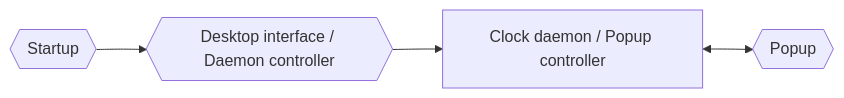
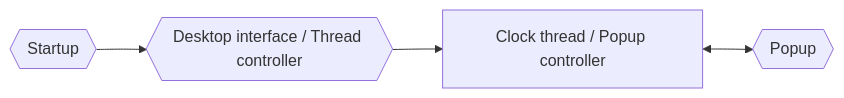
One commit to 24adamcho/sudden-flash-card-event changed the first of 3 diagrams in docs/design.md. Above: the diagram before and after it, drawn with Mermaid. The commit also changed other lines of this file and 4 other files, not shown here.

Commit message:
lump clock thread into one file, because threading

````diff
--- a/docs/design.md
+++ b/docs/design.md
@@ -6,11 +6,11 @@
 ```mermaid
 flowchart LR
     startup{{Startup}}
-    daemon[Clock daemon / Popup controller]
-    desktop{{Desktop interface / Daemon controller}}
+    thread[Clock thread / Popup controller]
+    desktop{{Desktop interface / Thread controller}}
     popup{{Popup}}
 
     startup --> desktop
-    desktop --> daemon
-    daemon <--> popup
+    desktop --> thread
+    thread <--> popup
 ```
````
